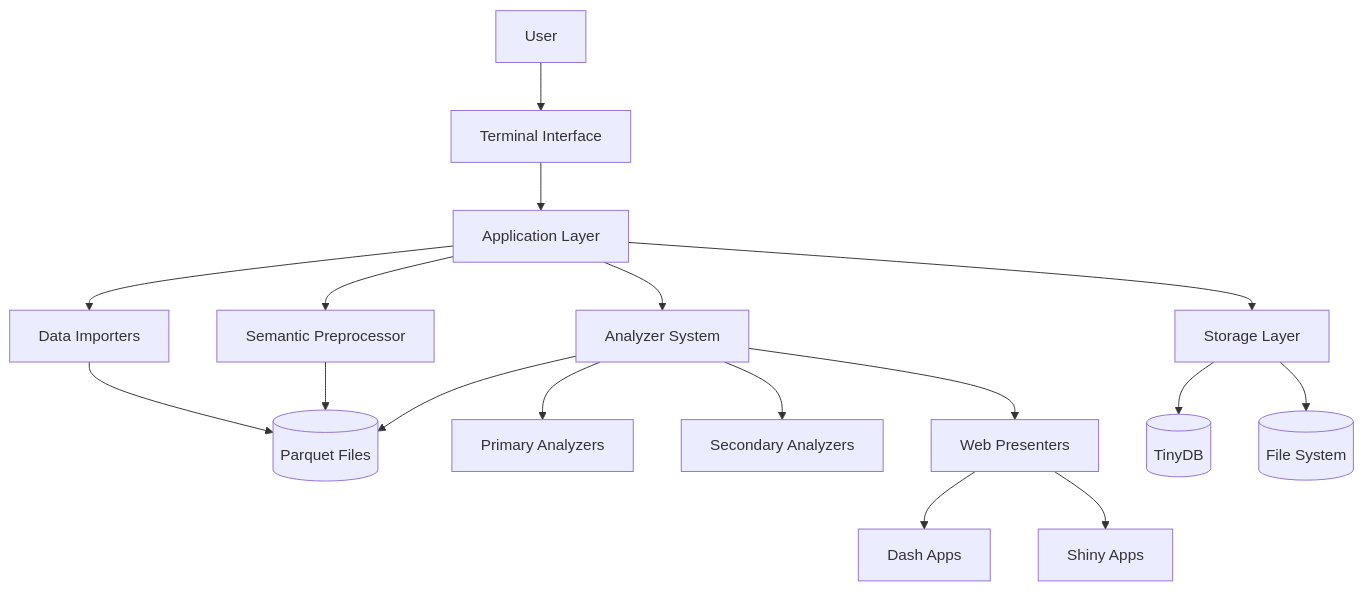
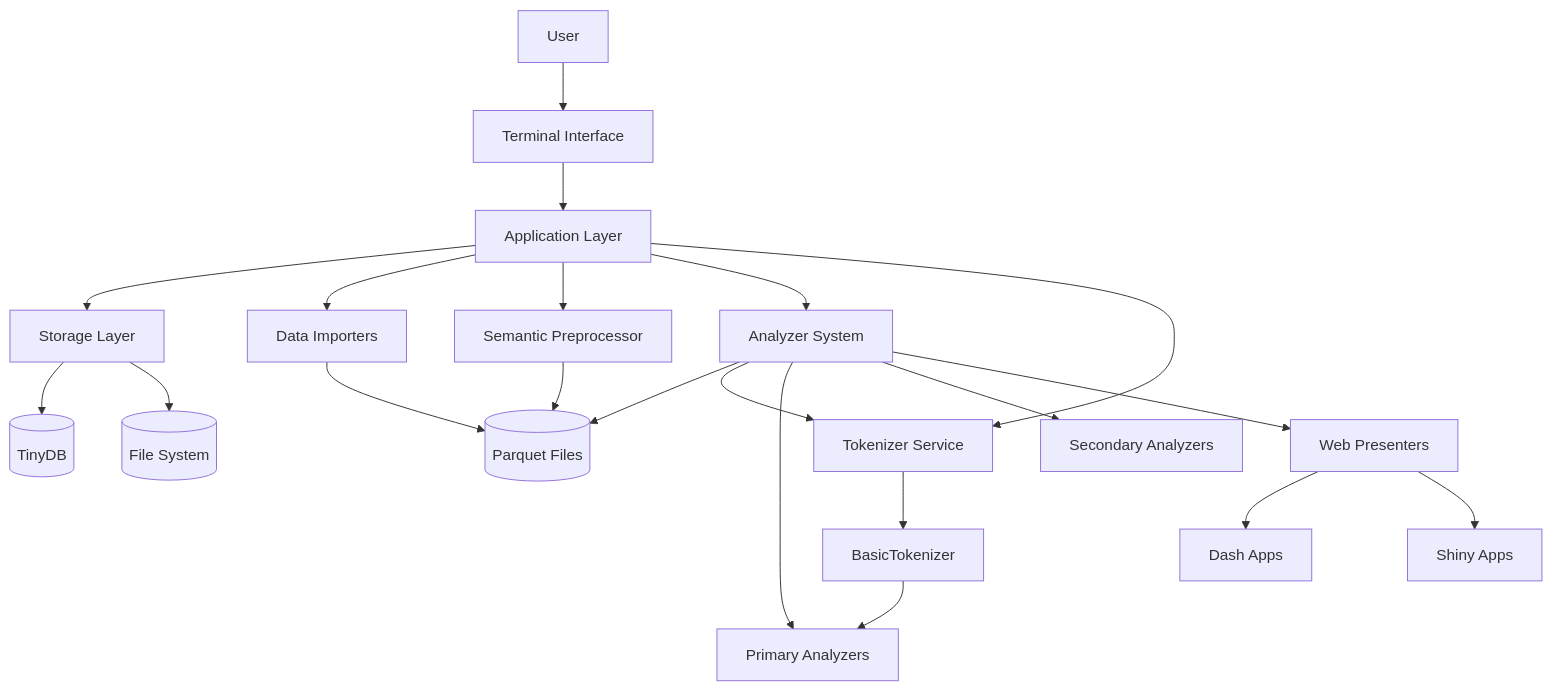
The first of 2 diagrams in .ai-context/architecture-overview.md (jrhie22/mango-tango-cli), drawn with Mermaid before and after one commit. The commit also changed other lines of this file and 63 other files, not shown here.

````diff
--- a/.ai-context/architecture-overview.md
+++ b/.ai-context/architecture-overview.md
@@ -5,24 +5,29 @@
 ```mermaid
 flowchart TD
     User[User] --> Terminal[Terminal Interface]
     Terminal --> App[Application Layer]
     App --> Storage[Storage Layer]
 
     App --> Importers[Data Importers]
     App --> Preprocessing[Semantic Preprocessor]
     App --> Analyzers[Analyzer System]
+    App --> TokenizerService[Tokenizer Service]
 
     Importers --> Parquet[(Parquet Files)]
     Preprocessing --> Parquet
     Analyzers --> Parquet
+
+    Analyzers --> TokenizerService
+    TokenizerService --> BasicTokenizer[BasicTokenizer]
+    BasicTokenizer --> Primary
 
     Analyzers --> Primary[Primary Analyzers]
     Analyzers --> Secondary[Secondary Analyzers]
     Analyzers --> WebPresenters[Web Presenters]
 
     WebPresenters --> Dash[Dash Apps]
     WebPresenters --> Shiny[Shiny Apps]
 
     Storage --> TinyDB[(TinyDB)]
     Storage --> FileSystem[(File System)]
 ```
````
